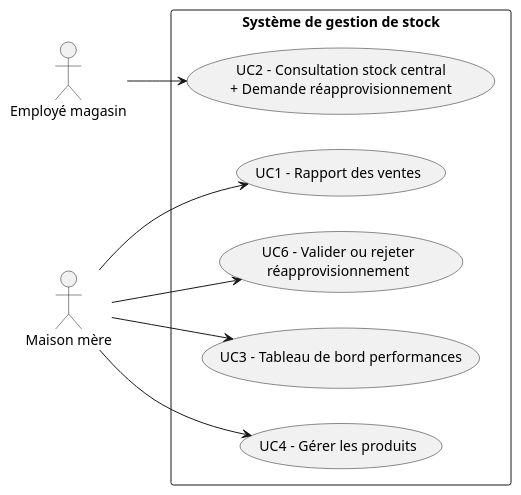
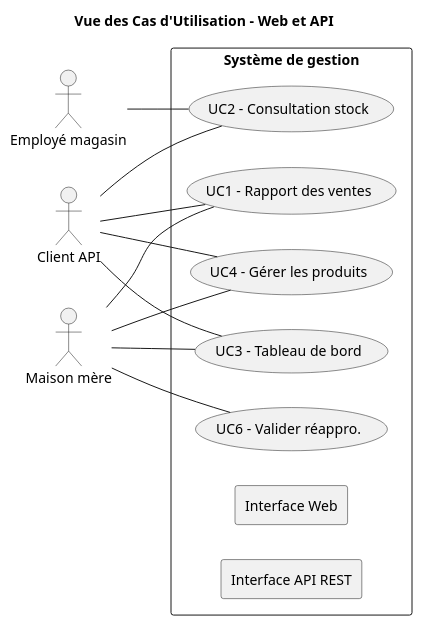
The diagram in docs/UML/vue-cas-utilisation.puml (TalipKoyluoglu/LOG430-Labo3), drawn with PlantUML before and after one commit. The commit also changed 9 other files, not shown here.

```diff
--- a/docs/UML/vue-cas-utilisation.puml
+++ b/docs/UML/vue-cas-utilisation.puml
@@ -1,23 +1,33 @@
 @startuml VueCasUtilisation
+title Vue des Cas d'Utilisation - Web et API
+
 left to right direction
 skinparam packageStyle rectangle
 
 actor "Employé magasin" as Employe
 actor "Maison mère" as Admin
+actor "Client API" as ApiClient
 
-package "Système de gestion de stock" {
+package "Système de gestion" {
     usecase "UC1 - Rapport des ventes" as UC1
-    usecase "UC2 - Consultation stock central\n+ Demande réapprovisionnement" as UC2
-    usecase "UC3 - Tableau de bord performances" as UC3
+    usecase "UC2 - Consultation stock" as UC2
+    usecase "UC3 - Tableau de bord" as UC3
     usecase "UC4 - Gérer les produits" as UC4
-    usecase "UC6 - Valider ou rejeter\nréapprovisionnement" as UC6
+    usecase "UC6 - Valider réappro." as UC6
+
+    package "Interface Web" {
+        Admin -- UC1
+        Admin -- UC3
+        Admin -- UC4
+        Admin -- UC6
+        Employe -- UC2
+    }
+
+    package "Interface API REST" {
+        ApiClient -- UC1
+        ApiClient -- UC2
+        ApiClient -- UC3
+        ApiClient -- UC4
+    }
 }
-
-Admin --> UC1
-Admin --> UC3
-Admin --> UC4
-Admin --> UC6
-
-Employe --> UC2
-
 @enduml
```
